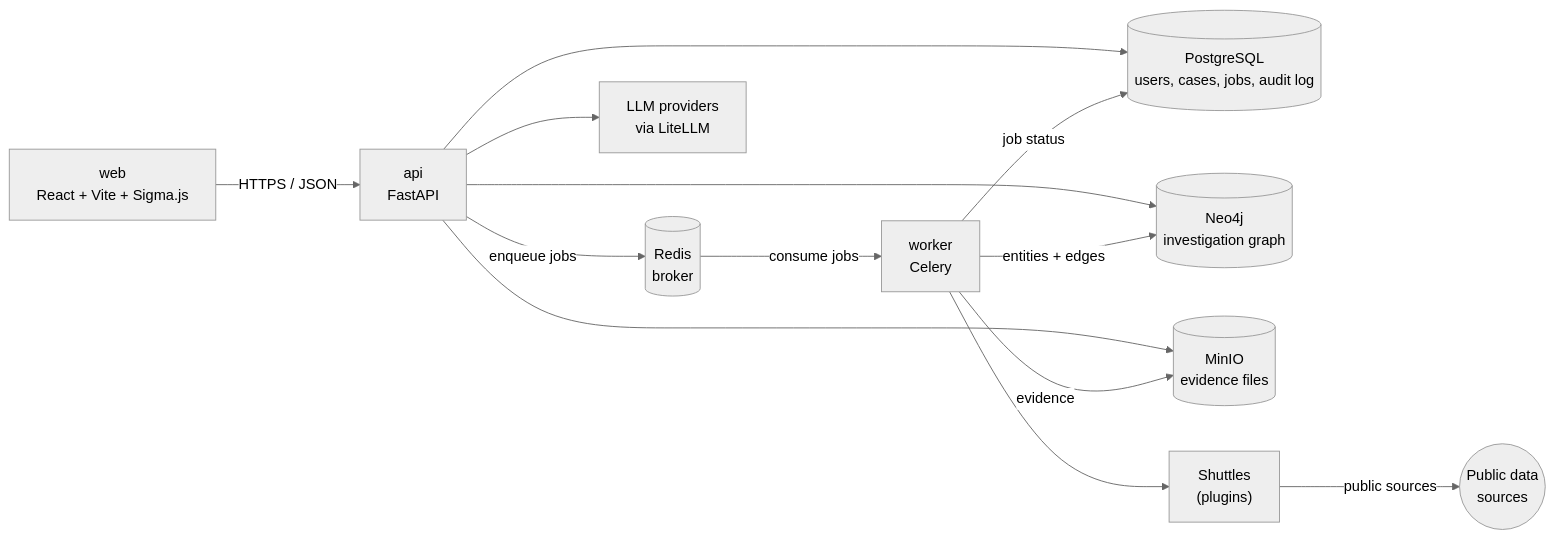
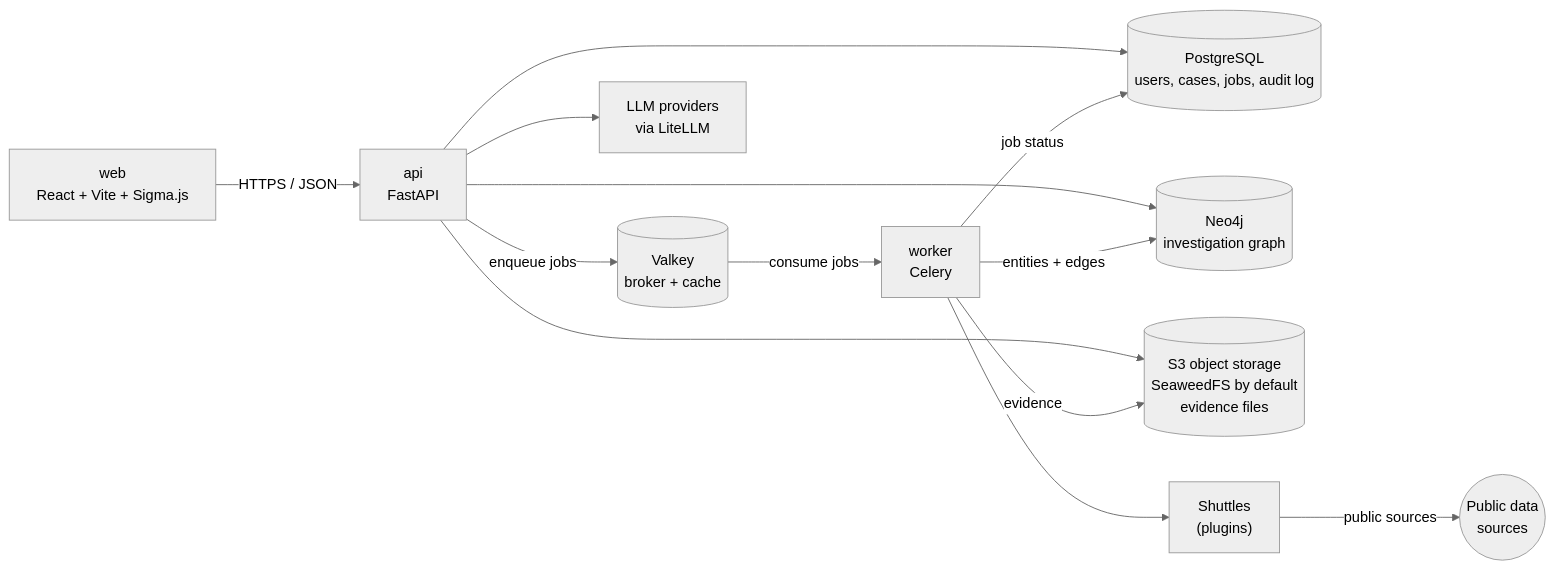
The diagram in docs/ARCHITECTURE.md (TheRealNightmare/nightloom), drawn with Mermaid (neutral theme) before and after one commit. The commit also changed other lines of this file and 9 other files, not shown here.

````diff
--- a/docs/ARCHITECTURE.md
+++ b/docs/ARCHITECTURE.md
@@ -7,17 +7,17 @@
 ```mermaid
 flowchart LR
     web["web<br/>React + Vite + Sigma.js"] -->|HTTPS / JSON| api["api<br/>FastAPI"]
 
     api --> pg[("PostgreSQL<br/>users, cases, jobs, audit log")]
     api --> neo[("Neo4j<br/>investigation graph")]
-    api --> minio[("MinIO<br/>evidence files")]
-    api -->|enqueue jobs| redis[("Redis<br/>broker")]
+    api --> s3[("S3 object storage<br/>SeaweedFS by default<br/>evidence files")]
+    api -->|enqueue jobs| valkey[("Valkey<br/>broker + cache")]
     api --> llm["LLM providers<br/>via LiteLLM"]
 
-    redis -->|consume jobs| worker["worker<br/>Celery"]
+    valkey -->|consume jobs| worker["worker<br/>Celery"]
     worker --> shuttles["Shuttles<br/>(plugins)"]
     shuttles -->|public sources| internet(("Public data<br/>sources"))
     worker -->|entities + edges| neo
-    worker -->|evidence| minio
+    worker -->|evidence| s3
     worker -->|job status| pg
 ```
````
